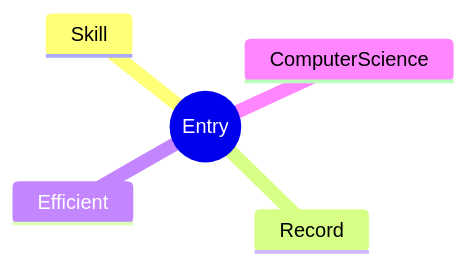
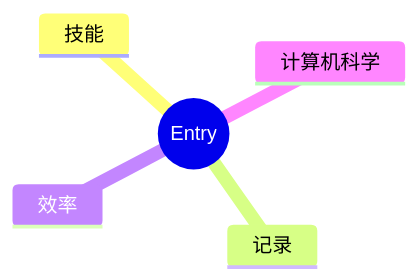
One commit to superupon/knowledge_zh changed the diagram in notes/entry.md. Above: the diagram before and after it, drawn with Mermaid. The commit also changed other lines of this file, not shown here.

````diff
--- a/notes/entry.md
+++ b/notes/entry.md
@@ -10,8 +10,8 @@
 ```mermaid
 mindmap
 root((Entry))
-  Skill
-  Record
-  Efficient
-  ComputerScience
+  技能
+  记录
+  效率
+  计算机科学
 ```
````
